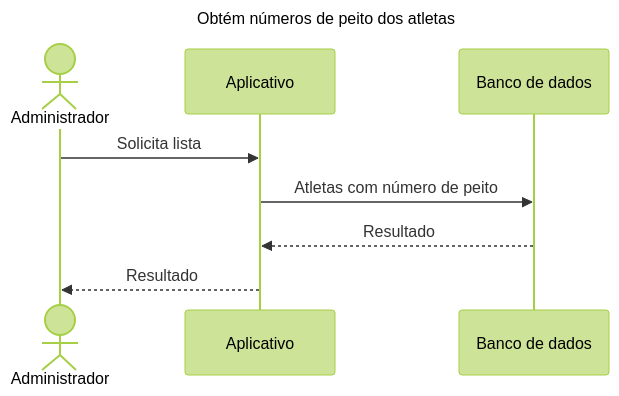
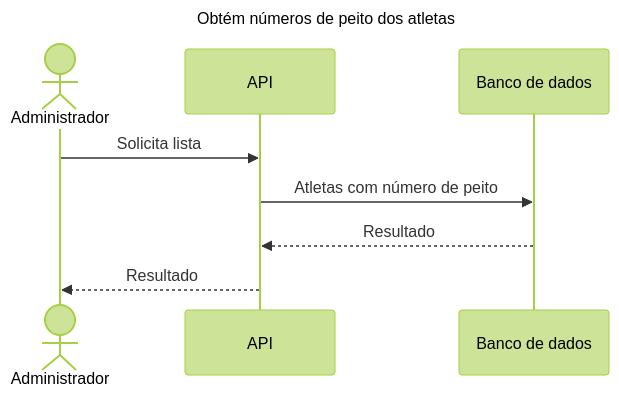
One commit to brgilsonsp/corrida_familia_piba changed the diagram in designer/diagrams/features/get_chester_number_athtletes.md. Above: the diagram before and after it, drawn with Mermaid (forest theme). The commit also changed 3 other files, not shown here.

Commit message:
Change identifier Aplicativo to API in docs

````diff
--- a/designer/diagrams/features/get_chester_number_athtletes.md
+++ b/designer/diagrams/features/get_chester_number_athtletes.md
@@ -1,13 +1,13 @@
 ```mermaid
 sequenceDiagram
     title Obtém números de peito dos atletas
 
     actor Admin as Administrador
-    participant Aplicativo as Aplicativo
+    participant API as API
     participant DB as Banco de dados
 
-    Admin->>Aplicativo: Solicita lista
-    Aplicativo->>DB: Atletas com número de peito
-    DB-->>Aplicativo: Resultado
-    Aplicativo-->>Admin: Resultado
+    Admin->>API: Solicita lista
+    API->>DB: Atletas com número de peito
+    DB-->>API: Resultado
+    API-->>Admin: Resultado
 ```
````
